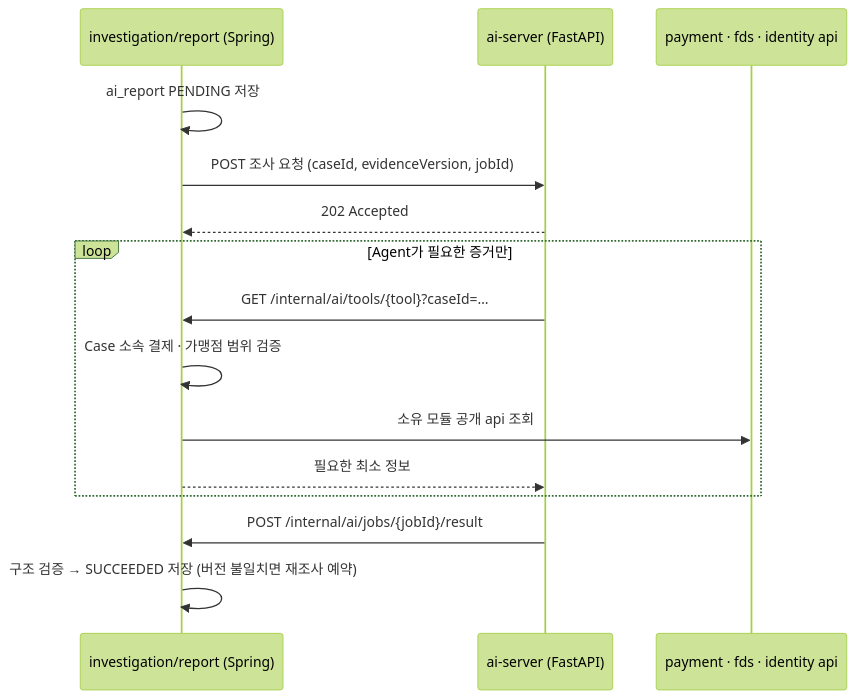
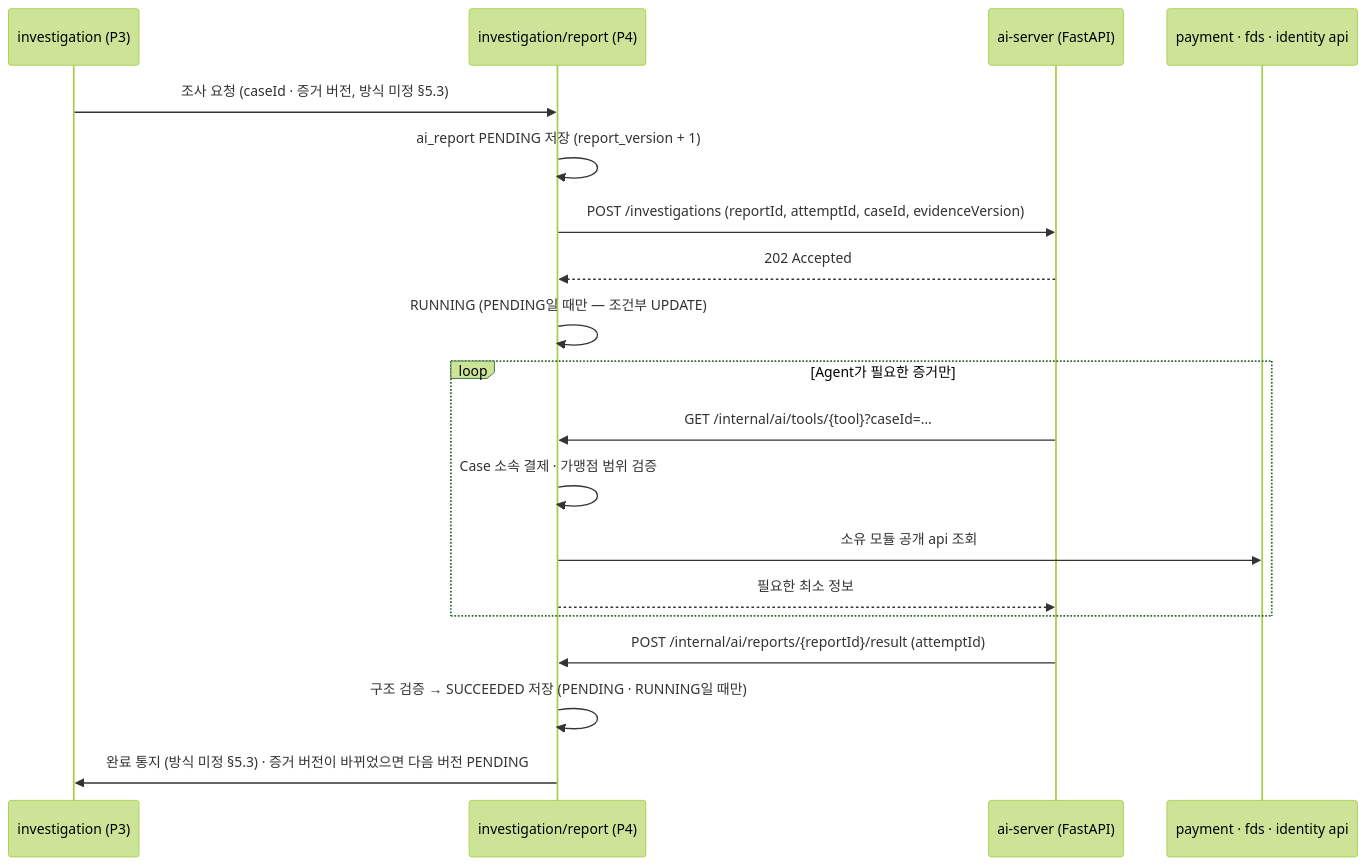
The diagram in docs/decisions/0009-ai-investigation-call-structure.md (HyunGyu-Cho/DonWorry), drawn with Mermaid (forest theme) before and after one commit. The commit also changed other lines of this file and 12 other files, not shown here.

Commit message:
docs: fds 정본(ERD Baseline v1)에 문서 정렬, ADR-0009를 ai_report 8개 컬럼 기준으로 개정 (#13)

````diff
--- a/docs/decisions/0009-ai-investigation-call-structure.md
+++ b/docs/decisions/0009-ai-investigation-call-structure.md
@@ -23,18 +25,22 @@
 ```mermaid
 sequenceDiagram
-    participant R as investigation/report (Spring)
+    participant P3 as investigation (P3)
+    participant R as investigation/report (P4)
     participant A as ai-server (FastAPI)
     participant O as payment · fds · identity api
 
-    R->>R: ai_report PENDING 저장
-    R->>A: POST 조사 요청 (caseId, evidenceVersion, jobId)
+    P3->>R: 조사 요청 (caseId · 증거 버전, 방식 미정 §5.3)
+    R->>R: ai_report PENDING 저장 (report_version + 1)
+    R->>A: POST /investigations (reportId, attemptId, caseId, evidenceVersion)
     A-->>R: 202 Accepted
+    R->>R: RUNNING (PENDING일 때만 — 조건부 UPDATE)
     loop Agent가 필요한 증거만
         A->>R: GET /internal/ai/tools/{tool}?caseId=…
         R->>R: Case 소속 결제 · 가맹점 범위 검증
         R->>O: 소유 모듈 공개 api 조회
         R-->>A: 필요한 최소 정보
     end
-    A->>R: POST /internal/ai/jobs/{jobId}/result
-    R->>R: 구조 검증 → SUCCEEDED 저장 (버전 불일치면 재조사 예약)
+    A->>R: POST /internal/ai/reports/{reportId}/result (attemptId)
+    R->>R: 구조 검증 → SUCCEEDED 저장 (PENDING · RUNNING일 때만)
+    R->>P3: 완료 통지 (방식 미정 §5.3) · 증거 버전이 바뀌었으면 다음 버전 PENDING
 ```
````
